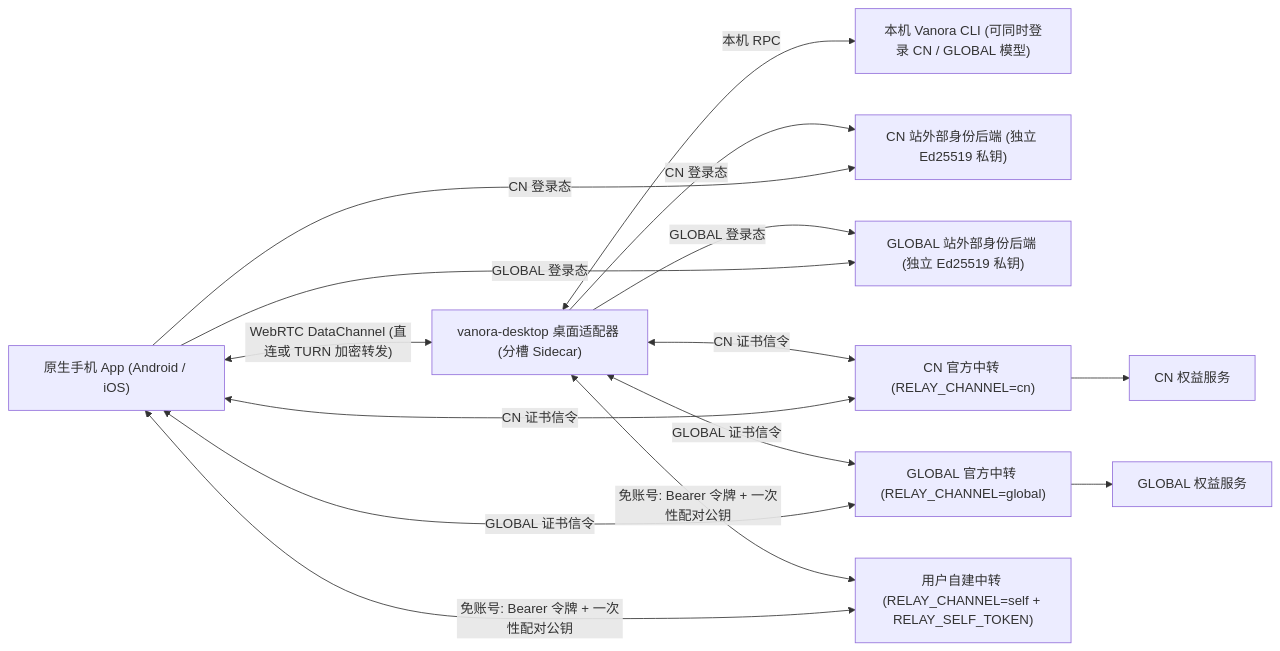
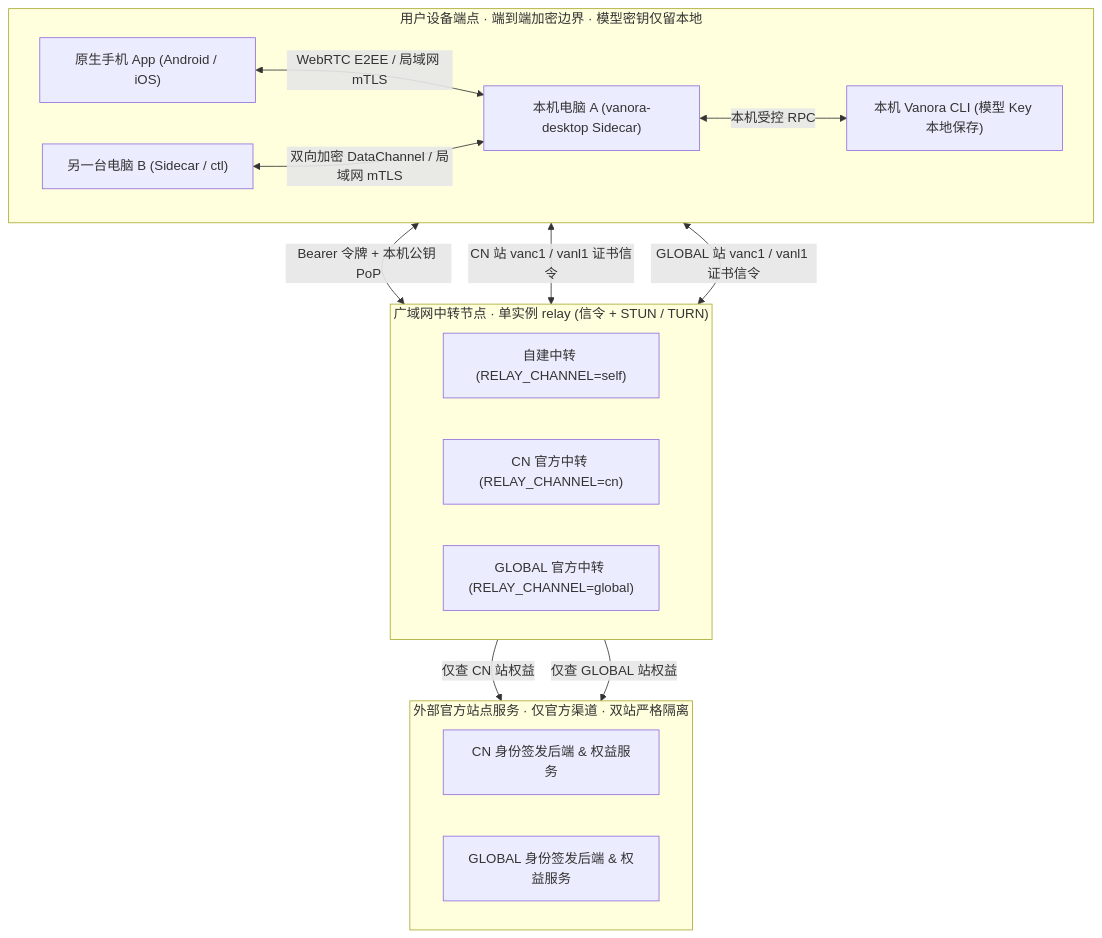
Before and after one commit to VANORA-Team/Vanora-relay: the second of 2 diagrams in README.md, drawn with Mermaid. The commit also changed other lines of this file and 16 other files, not shown here.

````diff
--- a/README.md
+++ b/README.md
@@ -16,28 +80,34 @@
 ```mermaid
-flowchart LR
-    Mobile["原生手机 App (Android / iOS)"]
-    Desktop["vanora-desktop 桌面适配器 (分槽 Sidecar)"]
-    Vanora["本机 Vanora CLI (可同时登录 CN / GLOBAL 模型)"]
-    IdentityCN["CN 站外部身份后端 (独立 Ed25519 私钥)"]
-    IdentityGL["GLOBAL 站外部身份后端 (独立 Ed25519 私钥)"]
-    RelayCN["CN 官方中转 (RELAY_CHANNEL=cn)"]
-    RelayGL["GLOBAL 官方中转 (RELAY_CHANNEL=global)"]
-    EntCN["CN 权益服务"]
-    EntGL["GLOBAL 权益服务"]
-    RelaySelf["用户自建中转 (RELAY_CHANNEL=self + RELAY_SELF_TOKEN)"]
+flowchart TB
+    subgraph Endpoints["用户设备端点 · 端到端加密边界 · 模型密钥仅留本地"]
+        direction LR
+        Mobile["原生手机 App (Android / iOS)"]
+        Desktop["本机电脑 A (vanora-desktop Sidecar)"]
+        Vanora["本机 Vanora CLI (模型 Key 本地保存)"]
+        PeerPC["另一台电脑 B (Sidecar / ctl)"]
 
-    Desktop -- "CN 登录态" --> IdentityCN
-    Mobile -- "CN 登录态" --> IdentityCN
-    Desktop -- "GLOBAL 登录态" --> IdentityGL
-    Mobile -- "GLOBAL 登录态" --> IdentityGL
-    Desktop <-- "CN 证书信令" --> RelayCN
-    Mobile <-- "CN 证书信令" --> RelayCN
-    RelayCN --> EntCN
-    Desktop <-- "GLOBAL 证书信令" --> RelayGL
-    Mobile <-- "GLOBAL 证书信令" --> RelayGL
-    RelayGL --> EntGL
-    Desktop <-- "免账号: Bearer 令牌 + 一次性配对公钥" --> RelaySelf
-    Mobile <-- "免账号: Bearer 令牌 + 一次性配对公钥" --> RelaySelf
-    Mobile <-- "WebRTC DataChannel (直连或 TURN 加密转发)" --> Desktop
-    Desktop <-- "本机 RPC" --> Vanora
+        Mobile <-->|"WebRTC E2EE / 局域网 mTLS"| Desktop
+        PeerPC <-->|"双向加密 DataChannel / 局域网 mTLS"| Desktop
+        Desktop <-->|"本机受控 RPC"| Vanora
+    end
+
+    subgraph Channels["广域网中转节点 · 单实例 relay (信令 + STUN / TURN)"]
+        direction LR
+        RelaySelf["自建中转 (RELAY_CHANNEL=self)"]
+        RelayCN["CN 官方中转 (RELAY_CHANNEL=cn)"]
+        RelayGL["GLOBAL 官方中转 (RELAY_CHANNEL=global)"]
+    end
+
+    subgraph OfficialBackends["外部官方站点服务 · 仅官方渠道 · 双站严格隔离"]
+        direction LR
+        SiteCN["CN 身份签发后端 & 权益服务"]
+        SiteGL["GLOBAL 身份签发后端 & 权益服务"]
+    end
+
+    Endpoints <-->|"Bearer 令牌 + 本机公钥 PoP"| RelaySelf
+    Endpoints <-->|"CN 站 vanc1 / vanl1 证书信令"| RelayCN
+    Endpoints <-->|"GLOBAL 站 vanc1 / vanl1 证书信令"| RelayGL
+
+    RelayCN -->|"仅查 CN 站权益"| SiteCN
+    RelayGL -->|"仅查 GLOBAL 站权益"| SiteGL
 ```
````
